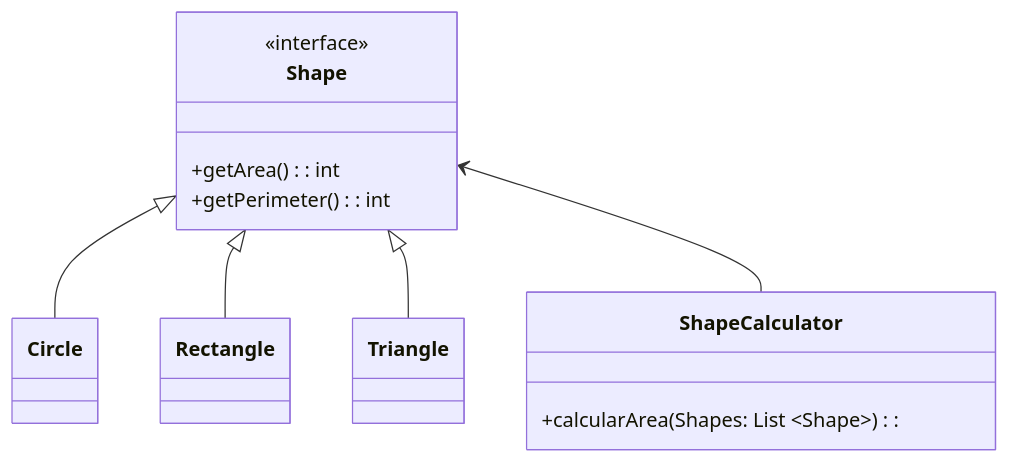
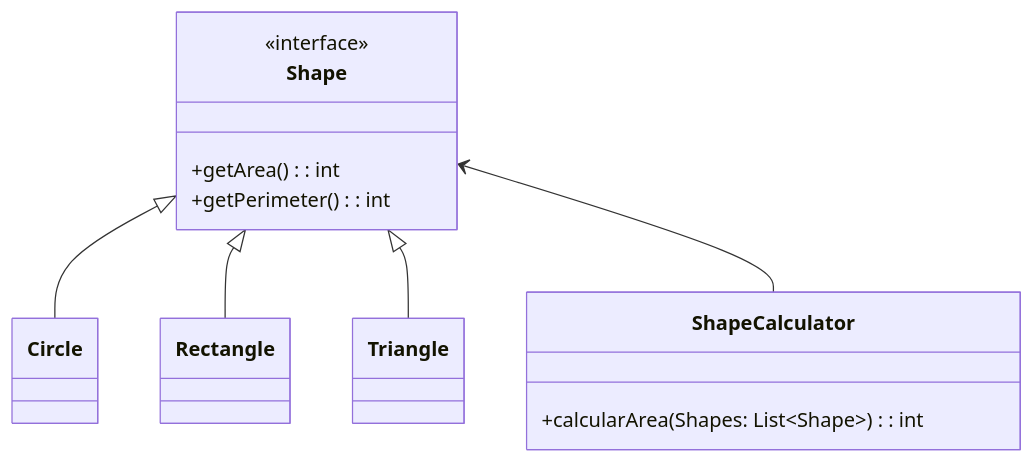
The diagram in 0302.mmd (SirAivan/CD_Tema2_Ejercicios), drawn with Mermaid before and after one commit. The commit also changed 1 other file, not shown here.

```diff
--- a/0302.mmd
+++ b/0302.mmd
@@ -1,27 +1,27 @@
 classDiagram
     class Shape{
         <<interface>>
         +getArea(): int
         +getPerimeter(): int
     }
 
     class ShapeCalculator{
-        +calcularArea(Shapes: List ~Shape~):
+        +calcularArea(Shapes: List~Shape~): int
     }
 
     class Circle{
 
     }
 
     class Rectangle{
 
     }
 
     class Triangle{
 
     }
 
     Shape <|-- Circle
     Shape <|-- Rectangle
     Shape <|-- Triangle
     Shape <-- ShapeCalculator
```
